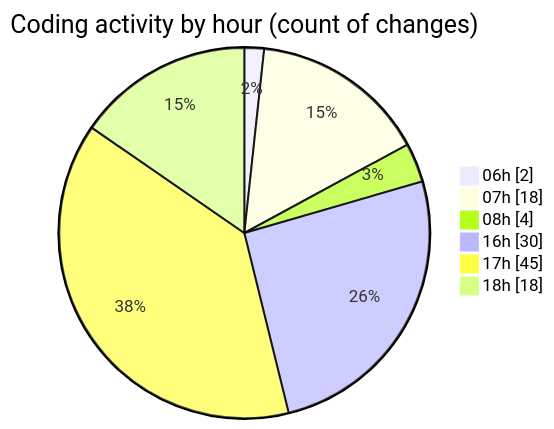
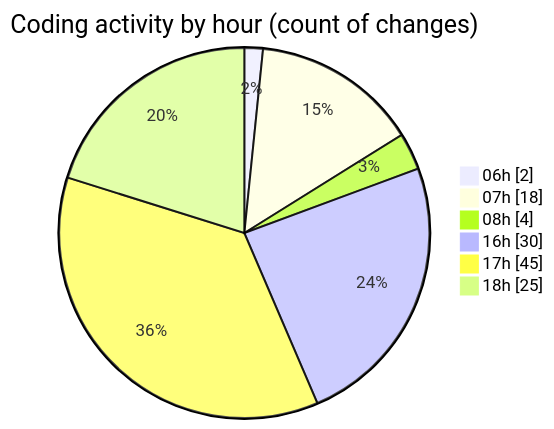
Before and after one commit to robertbonfada/code-tracking: the second of 2 diagrams in 2025-01-27/termonied-web/README.md, drawn with Mermaid. The commit also changed other lines of this file and 1 other file, not shown here.

````diff
--- a/2025-01-27/termonied-web/README.md
+++ b/2025-01-27/termonied-web/README.md
@@ -44,10 +44,10 @@
 ```mermaid
 pie showData
 title Coding activity by hour (count of changes)
 "06h" : 2
 "07h" : 18
 "08h" : 4
 "16h" : 30
 "17h" : 45
-"18h" : 18
+"18h" : 25
 ```
````
